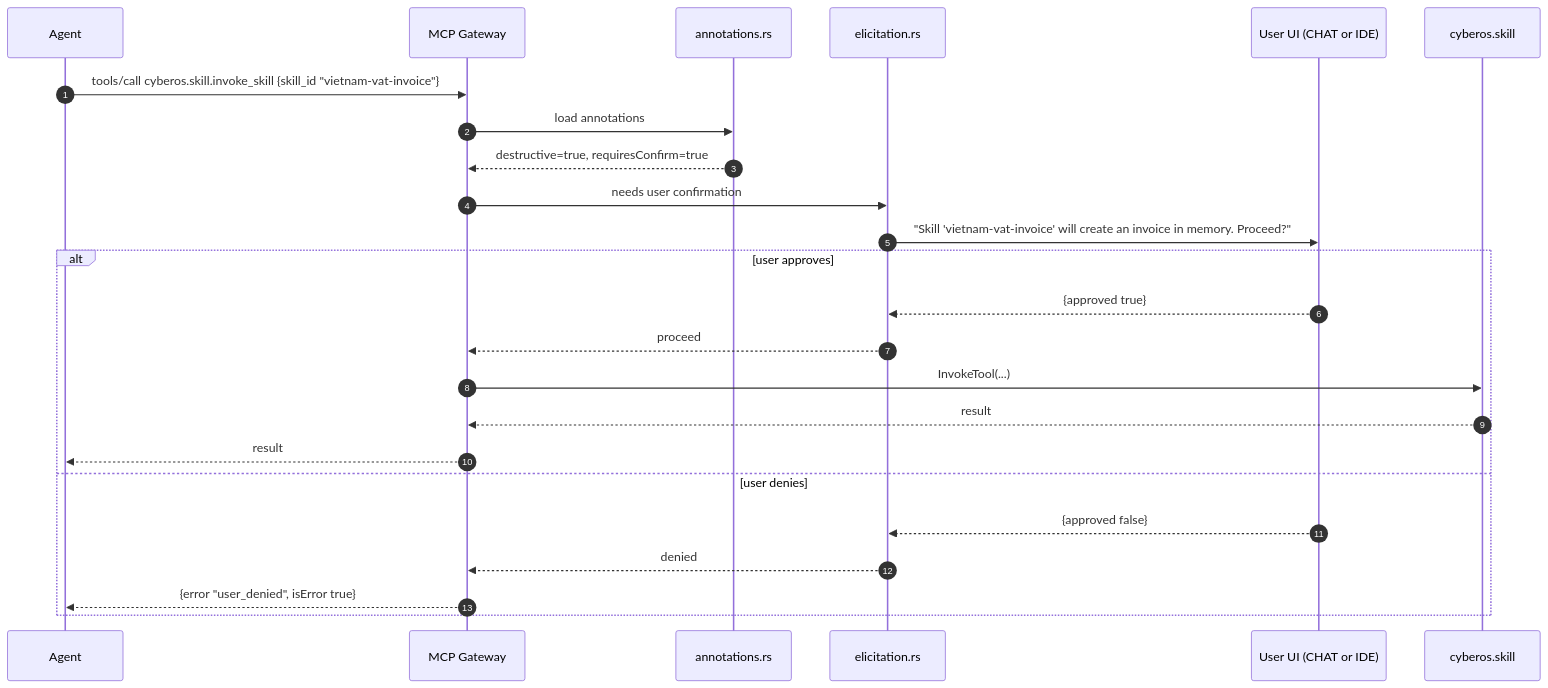
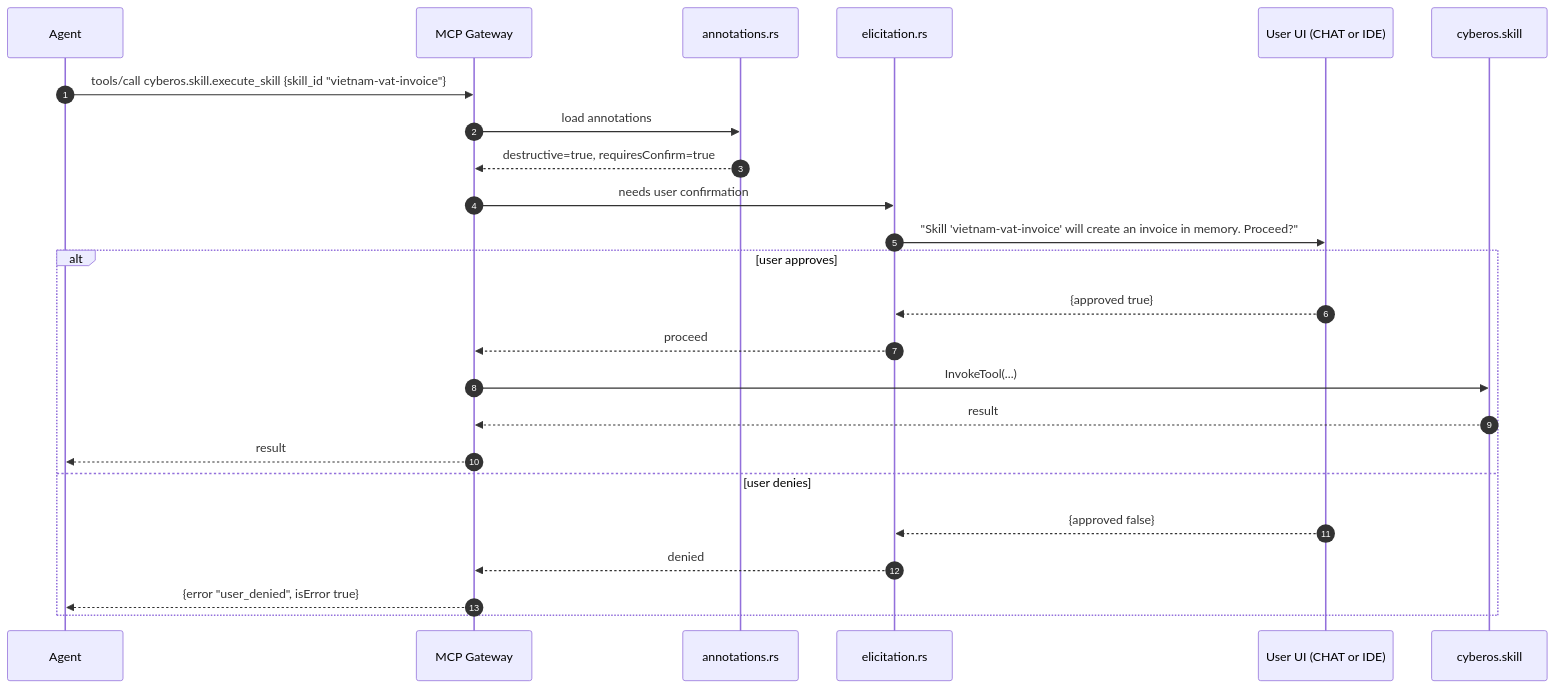
One commit to cyberskill-official/cyberos changed the seventh of 11 diagrams in services/mcp-gateway/docs/index.md. Above: the diagram before and after it, drawn with Mermaid. The commit also changed other lines of this file and 20 other files, not shown here.

````diff
--- a/services/mcp-gateway/docs/index.md
+++ b/services/mcp-gateway/docs/index.md
@@ -629,26 +623,26 @@
 ```mermaid
 sequenceDiagram
   autonumber
   participant A as Agent
   participant G as MCP Gateway
   participant ANN as annotations.rs
   participant ELI as elicitation.rs
   participant U as User UI (CHAT or IDE)
   participant SK as cyberos.skill
-  A->>G: tools/call cyberos.skill.invoke_skill {skill_id "vietnam-vat-invoice"}
+  A->>G: tools/call cyberos.skill.execute_skill {skill_id "vietnam-vat-invoice"}
   G->>ANN: load annotations
   ANN-->>G: destructive=true, requiresConfirm=true
   G->>ELI: needs user confirmation
   ELI->>U: "Skill 'vietnam-vat-invoice' will create an invoice in memory. Proceed?"
   alt user approves
     U-->>ELI: {approved true}
     ELI-->>G: proceed
     G->>SK: InvokeTool(...)
     SK-->>G: result
     G-->>A: result
   else user denies
     U-->>ELI: {approved false}
     ELI-->>G: denied
     G-->>A: {error "user_denied", isError true}
   end
 ```
````
